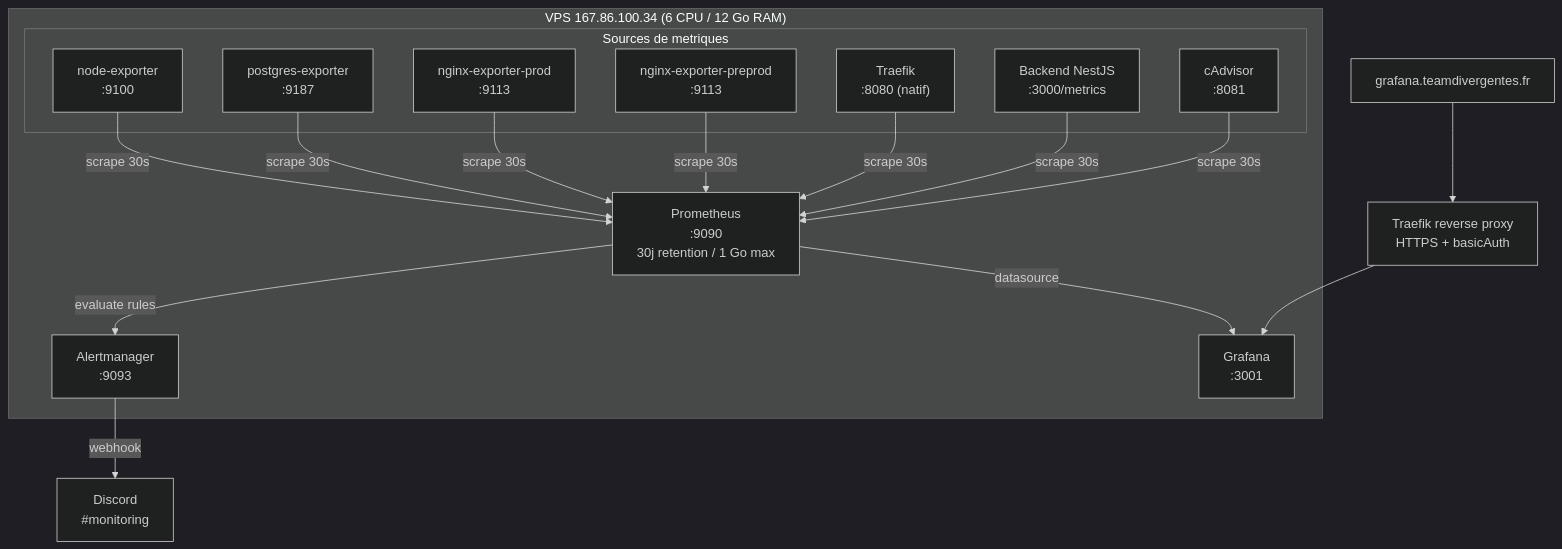
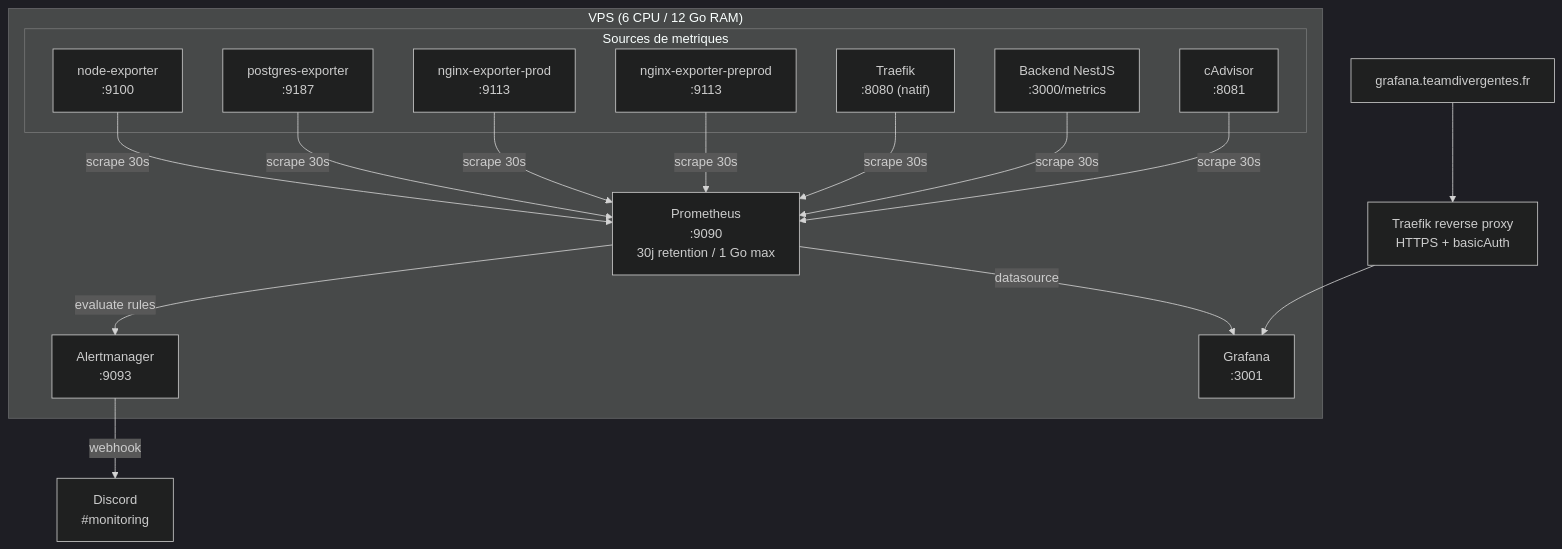
The first of 3 diagrams in docs/sre/architecture.md (teamdivergentes/vps), drawn with Mermaid (dark theme) before and after one commit. The commit also changed 2 other files, not shown here.

Commit message:
docs: fix Traefik version, remove VPS IP from docs, fix CI job name
Update Traefik v3.1 to v3.6. Remove hardcoded IP from architecture
diagram. Rename misleading lint job name. Update secrets docs.

````diff
--- a/docs/sre/architecture.md
+++ b/docs/sre/architecture.md
@@ -5,34 +5,34 @@
 ```mermaid
 graph TB
-    subgraph VPS["VPS 167.86.100.34 (6 CPU / 12 Go RAM)"]
+    subgraph VPS["VPS (6 CPU / 12 Go RAM)"]
 
         subgraph Exporters["Sources de metriques"]
             NE["node-exporter\n:9100"]
             PE["postgres-exporter\n:9187"]
             NXP["nginx-exporter-prod\n:9113"]
             NXPP["nginx-exporter-preprod\n:9113"]
             TK["Traefik\n:8080 (natif)"]
             BE["Backend NestJS\n:3000/metrics"]
             CA["cAdvisor\n:8081"]
         end
 
         PROM["Prometheus\n:9090\n30j retention / 1 Go max"]
         AM["Alertmanager\n:9093"]
         GF["Grafana\n:3001"]
 
         NE -->|scrape 30s| PROM
         PE -->|scrape 30s| PROM
         NXP -->|scrape 30s| PROM
         NXPP -->|scrape 30s| PROM
         TK -->|scrape 30s| PROM
         BE -->|scrape 30s| PROM
         CA -->|scrape 30s| PROM
 
         PROM -->|evaluate rules| AM
         PROM -->|datasource| GF
     end
 
     AM -->|webhook| DISCORD["Discord\n#monitoring"]
     TRAEFIK["Traefik reverse proxy\nHTTPS + basicAuth"] --> GF
     USER["grafana.teamdivergentes.fr"] --> TRAEFIK
 ```
````
